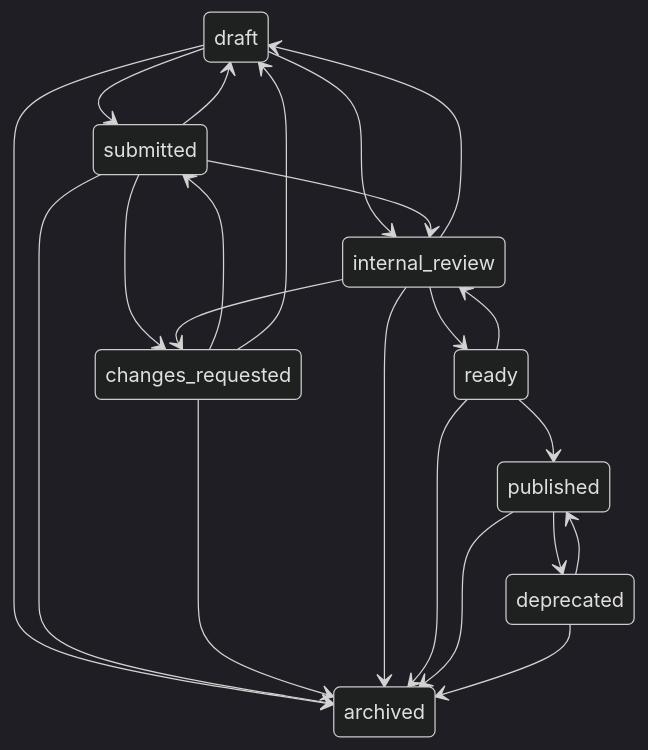
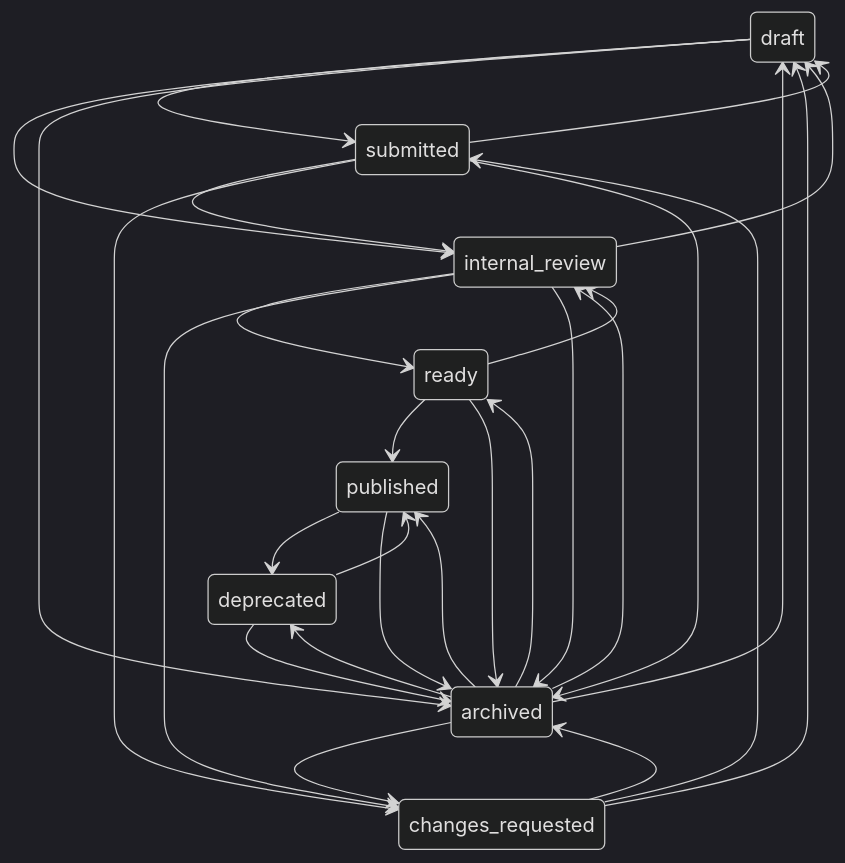
The first of 10 diagrams in src/lib/db/STATES.md (jerrywap/innovatrix), drawn with Mermaid (dark theme) before and after one commit. The commit also changed other lines of this file and 40 other files, not shown here.

````diff
--- a/src/lib/db/STATES.md
+++ b/src/lib/db/STATES.md
@@ -28,24 +28,30 @@
 ```mermaid
 stateDiagram-v2
     draft --> submitted
     draft --> internal_review
     draft --> archived
     submitted --> internal_review
     submitted --> changes_requested
     submitted --> draft
     submitted --> archived
     changes_requested --> submitted
     changes_requested --> draft
     changes_requested --> archived
     internal_review --> ready
     internal_review --> changes_requested
     internal_review --> draft
     internal_review --> archived
     ready --> published
     ready --> internal_review
     ready --> archived
     published --> deprecated
     published --> archived
     deprecated --> published
     deprecated --> archived
+    archived --> draft
+    archived --> changes_requested
+    archived --> internal_review
+    archived --> ready
+    archived --> published
+    archived --> deprecated
 ```
````
